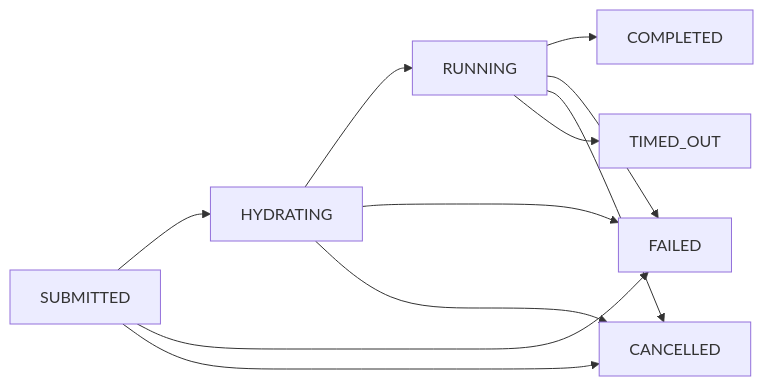
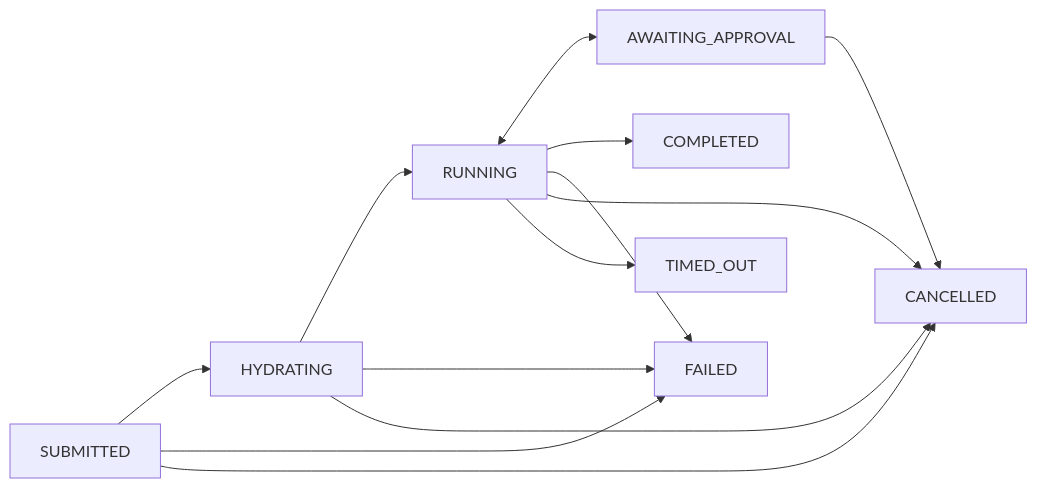
The third of 3 diagrams in docs/guides/USER_GUIDE.md (aws-samples/sample-autonomous-cloud-coding-agents), drawn with Mermaid before and after one commit. The commit also changed other lines of this file and 142 other files, not shown here.

````diff
--- a/docs/guides/USER_GUIDE.md
+++ b/docs/guides/USER_GUIDE.md
@@ -666,13 +783,15 @@
 ```mermaid
 flowchart LR
     S[SUBMITTED] --> H[HYDRATING]
     H --> R[RUNNING]
+    R <--> A[AWAITING_APPROVAL]
     R --> C[COMPLETED]
     R --> F[FAILED]
     R --> X[CANCELLED]
     R --> T[TIMED_OUT]
+    A --> X
     H --> F
     H --> X
     S --> F
     S --> X
 ```
````
